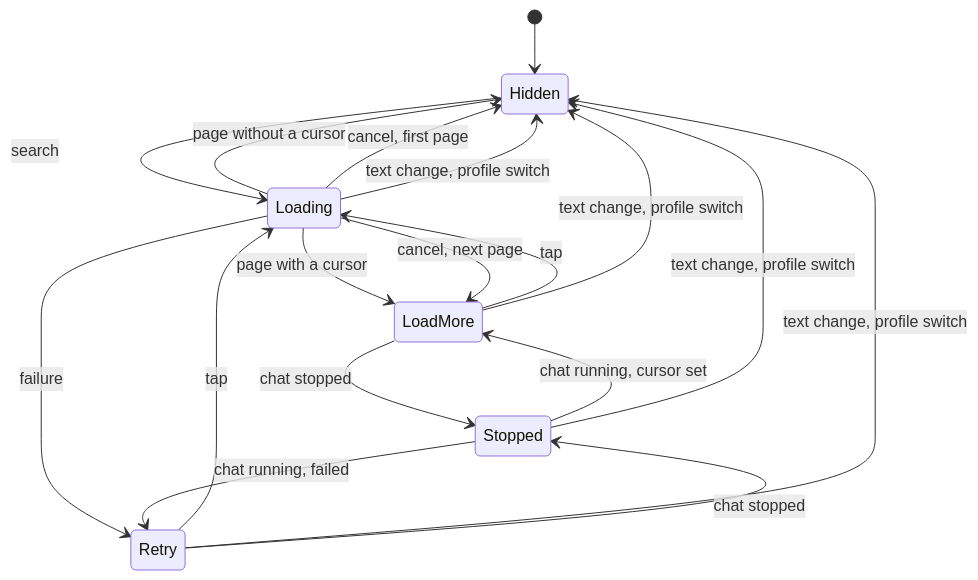
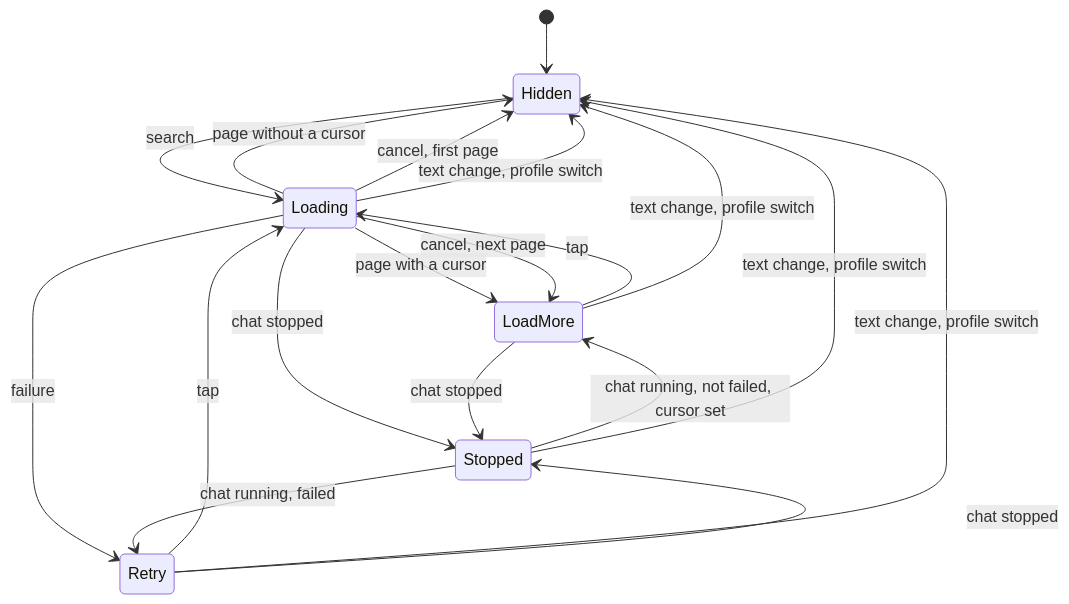
One commit to simplex-chat/simplex-chat changed diagram 14 of 15 in plans/2026-08-04-directory-search-in-app.md. Above: the diagram before and after it, drawn with Mermaid. The commit also changed other lines of this file and 6 other files, not shown here.

Commit message:
docs: state stopped chat in New chat and the search plan's load row

````diff
--- a/plans/2026-08-04-directory-search-in-app.md
+++ b/plans/2026-08-04-directory-search-in-app.md
@@ -488,20 +488,21 @@
 ```mermaid
 stateDiagram-v2
   [*] --> Hidden
   Hidden --> Loading: search
   Loading --> LoadMore: page with a cursor
   Loading --> Hidden: page without a cursor
   Loading --> Hidden: cancel, first page
   Loading --> LoadMore: cancel, next page
   Loading --> Retry: failure
   LoadMore --> Loading: tap
   Retry --> Loading: tap
   Loading --> Hidden: text change, profile switch
   LoadMore --> Hidden: text change, profile switch
   Retry --> Hidden: text change, profile switch
+  Loading --> Stopped: chat stopped
   LoadMore --> Stopped: chat stopped
   Retry --> Stopped: chat stopped
-  Stopped --> LoadMore: chat running, cursor set
   Stopped --> Retry: chat running, failed
+  Stopped --> LoadMore: chat running, not failed, cursor set
   Stopped --> Hidden: text change, profile switch
 ```
````
